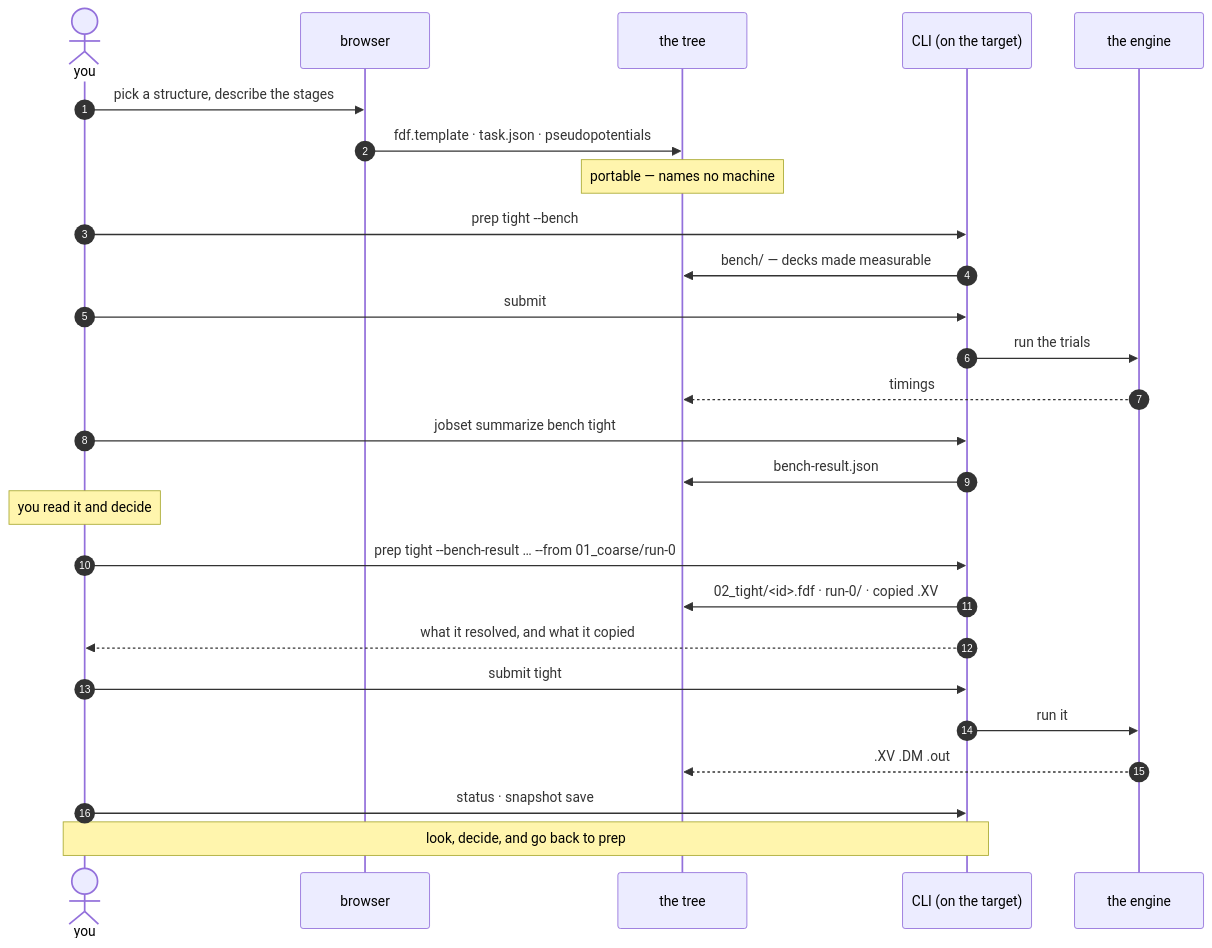
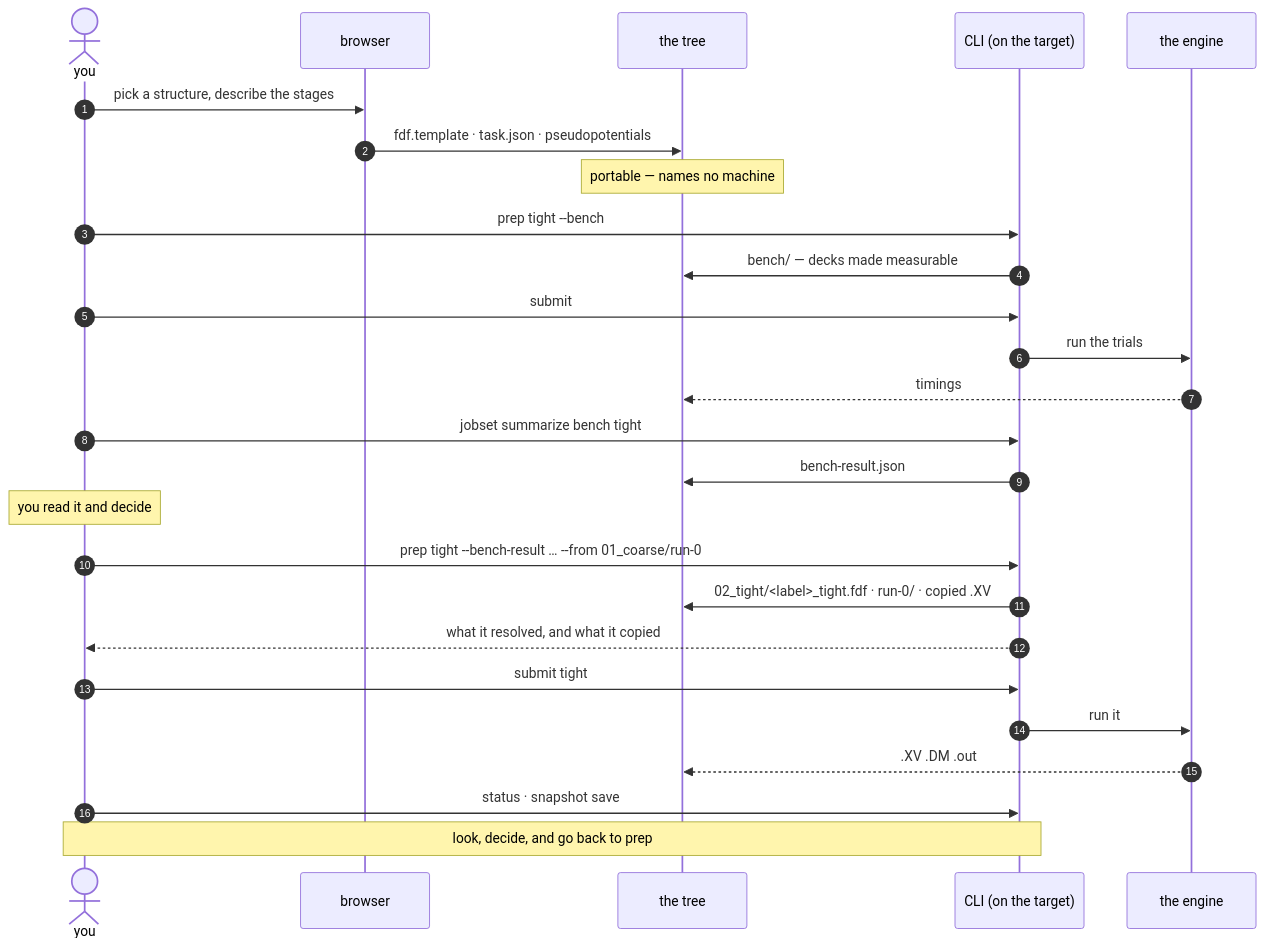
Before and after one commit to Qing-LAB/molbuilder: the eighth of 9 diagrams in docs/execution/project-layout.md, drawn with Mermaid. The commit also changed other lines of this file and 9 other files, not shown here.

````diff
--- a/docs/execution/project-layout.md
+++ b/docs/execution/project-layout.md
@@ -778,33 +790,33 @@
 ```mermaid
 sequenceDiagram
     autonumber
     actor U as you
     participant B as browser
     participant T as the tree
     participant C as CLI (on the target)
     participant E as the engine
 
     U->>B: pick a structure, describe the stages
     B->>T: fdf.template · task.json · pseudopotentials
     Note over T: portable — names no machine
 
     U->>C: prep tight --bench
     C->>T: bench/ — decks made measurable
     U->>C: submit
     C->>E: run the trials
     E-->>T: timings
     U->>C: jobset summarize bench tight
     C->>T: bench-result.json
 
     Note over U: you read it and decide
 
     U->>C: prep tight --bench-result … --from 01_coarse/run-0
-    C->>T: 02_tight/<id>.fdf · run-0/ · copied .XV
+    C->>T: 02_tight/<label>_tight.fdf · run-0/ · copied .XV
     C-->>U: what it resolved, and what it copied
     U->>C: submit tight
     C->>E: run it
     E-->>T: .XV .DM .out
 
     U->>C: status · snapshot save
     Note over U,C: look, decide, and go back to prep
 ```
````
